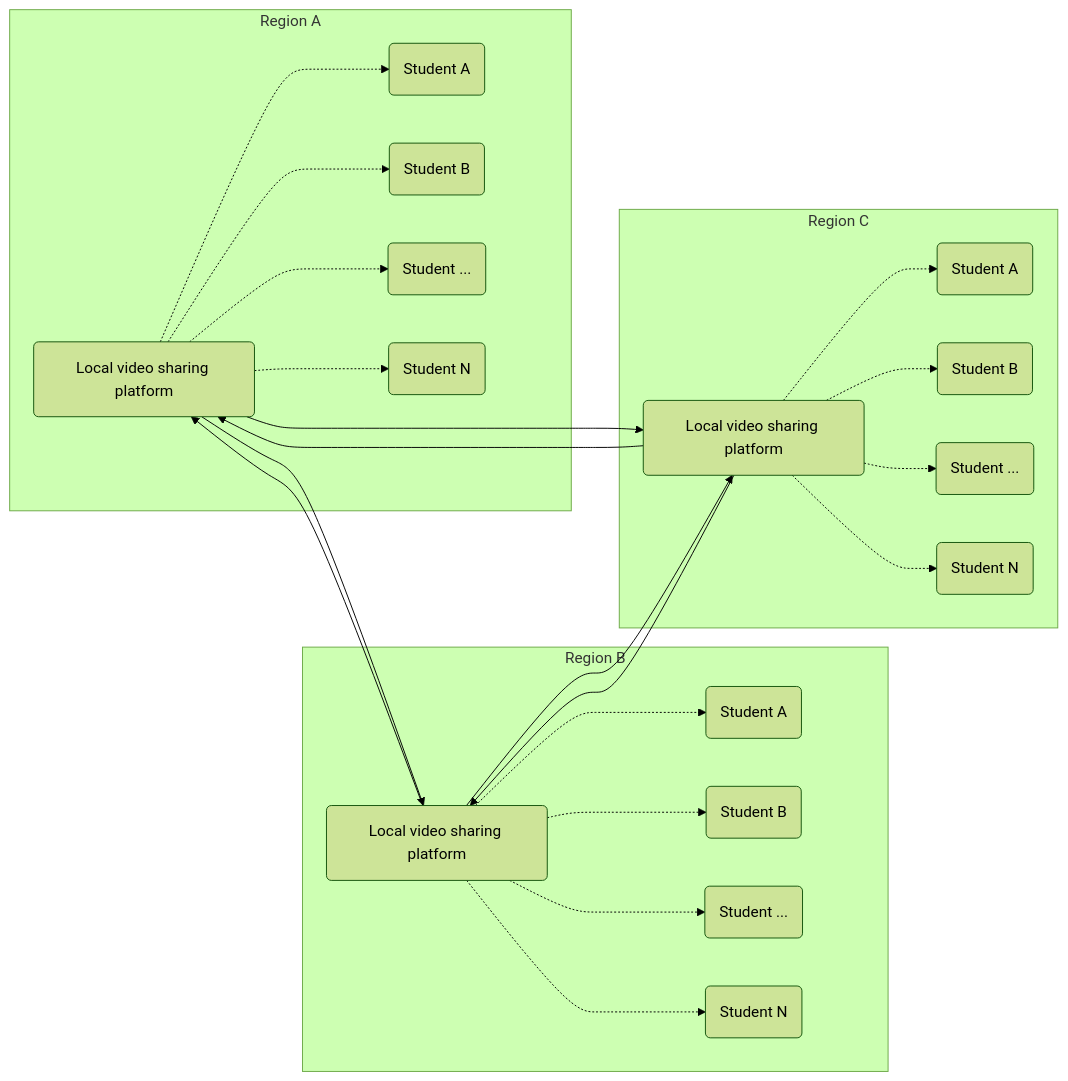
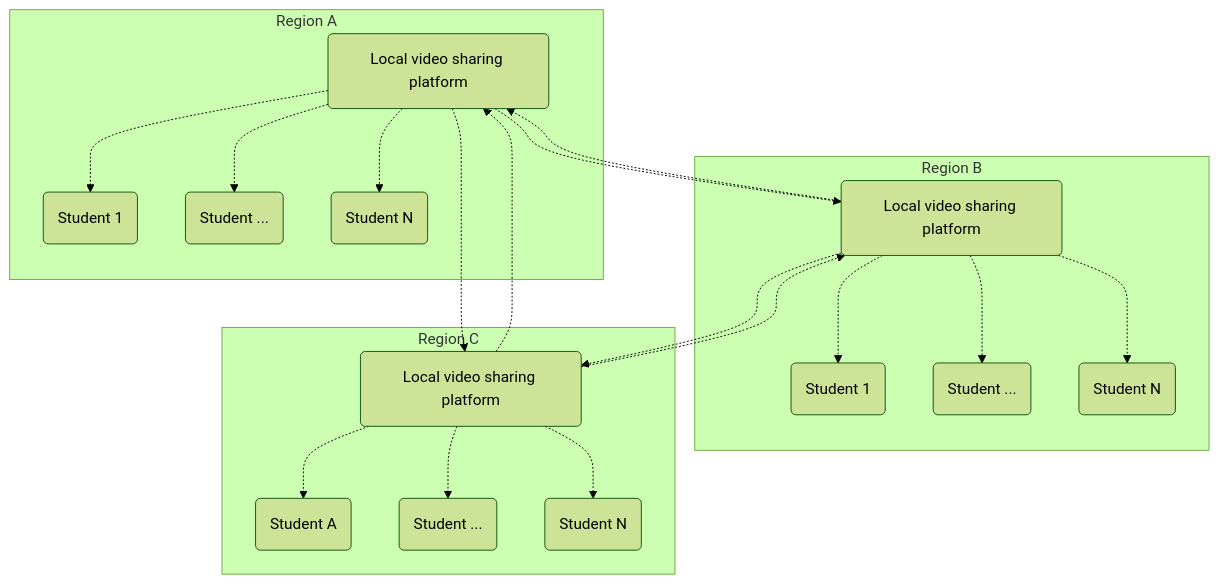
The second of 2 diagrams in docs/feasibility_study/src/Capabilities/Education.md (ourworldventures/ourworld_books_OLD), drawn with Mermaid (forest theme) before and after one commit. The commit also changed other lines of this file and 4 other files, not shown here.

````diff
--- a/docs/feasibility_study/src/Capabilities/Education.md
+++ b/docs/feasibility_study/src/Capabilities/Education.md
@@ -55,44 +63,40 @@
 ```mermaid
-graph LR
+graph TD
     subgraph Region A
-    INDIVIDUALAA(Student A)
-    INDIVIDUALAB(Student B)
-    INDIVIDUALAC(Student ...)
-    INDIVIDUALAD(Student N)
-    VIDEOPLATFORMA(Local video sharing platform)
-    VIDEOPLATFORMA .-> INDIVIDUALAA
-    VIDEOPLATFORMA .-> INDIVIDUALAB
-    VIDEOPLATFORMA .-> INDIVIDUALAC
-    VIDEOPLATFORMA .-> INDIVIDUALAD
+        INDIVIDUALAA(Student 1)
+        INDIVIDUALAC(Student ...)
+        INDIVIDUALAD(Student N)
+        VIDEOPLATFORMA(Local video sharing platform)
+        VIDEOPLATFORMA .-> INDIVIDUALAA
+        VIDEOPLATFORMA .-> INDIVIDUALAC
+        VIDEOPLATFORMA .-> INDIVIDUALAD
     end
 
     subgraph Region B
-    INDIVIDUALBA(Student A)
-    INDIVIDUALBB(Student B)
-    INDIVIDUALBC(Student ...)
-    INDIVIDUALBD(Student N)
-    VIDEOPLATFORMB(Local video sharing platform)
-    VIDEOPLATFORMB .-> INDIVIDUALBA
-    VIDEOPLATFORMB .-> INDIVIDUALBB
-    VIDEOPLATFORMB .-> INDIVIDUALBC
-    VIDEOPLATFORMB .-> INDIVIDUALBD
+        INDIVIDUALBA(Student 1)
+        INDIVIDUALBC(Student ...)
+        INDIVIDUALBD(Student N)
+        VIDEOPLATFORMB(Local video sharing platform)
+        VIDEOPLATFORMB .-> INDIVIDUALBA
+        VIDEOPLATFORMB .-> INDIVIDUALBC
+        VIDEOPLATFORMB .-> INDIVIDUALBD
     end   
 
     subgraph Region C
-    INDIVIDUALCA(Student A)
-    INDIVIDUALCB(Student B)
-    INDIVIDUALCC(Student ...)
-    INDIVIDUALCD(Student N)
-    VIDEOPLATFORMC(Local video sharing platform)
-    VIDEOPLATFORMC .-> INDIVIDUALCA
-    VIDEOPLATFORMC .-> INDIVIDUALCB
-    VIDEOPLATFORMC .-> INDIVIDUALCC
-    VIDEOPLATFORMC .-> INDIVIDUALCD
+        INDIVIDUALCA(Student A)
+        INDIVIDUALCC(Student ...)
+        INDIVIDUALCD(Student N)
+        VIDEOPLATFORMC(Local video sharing platform)
+        VIDEOPLATFORMC .-> INDIVIDUALCA
+        VIDEOPLATFORMC .-> INDIVIDUALCC
+        VIDEOPLATFORMC .-> INDIVIDUALCD
     end   
-    VIDEOPLATFORMA --> VIDEOPLATFORMB
-    VIDEOPLATFORMB --> VIDEOPLATFORMA
-    VIDEOPLATFORMA --> VIDEOPLATFORMC
-    VIDEOPLATFORMC --> VIDEOPLATFORMA
-    VIDEOPLATFORMB --> VIDEOPLATFORMC
-    VIDEOPLATFORMC --> VIDEOPLATFORMB
+
+    VIDEOPLATFORMA .-> VIDEOPLATFORMB
+    VIDEOPLATFORMB .-> VIDEOPLATFORMC
+    VIDEOPLATFORMA .-> VIDEOPLATFORMC
+
+    VIDEOPLATFORMC .-> VIDEOPLATFORMB
+    VIDEOPLATFORMC .-> VIDEOPLATFORMA
+    VIDEOPLATFORMB .-> VIDEOPLATFORMA
 ```
````
